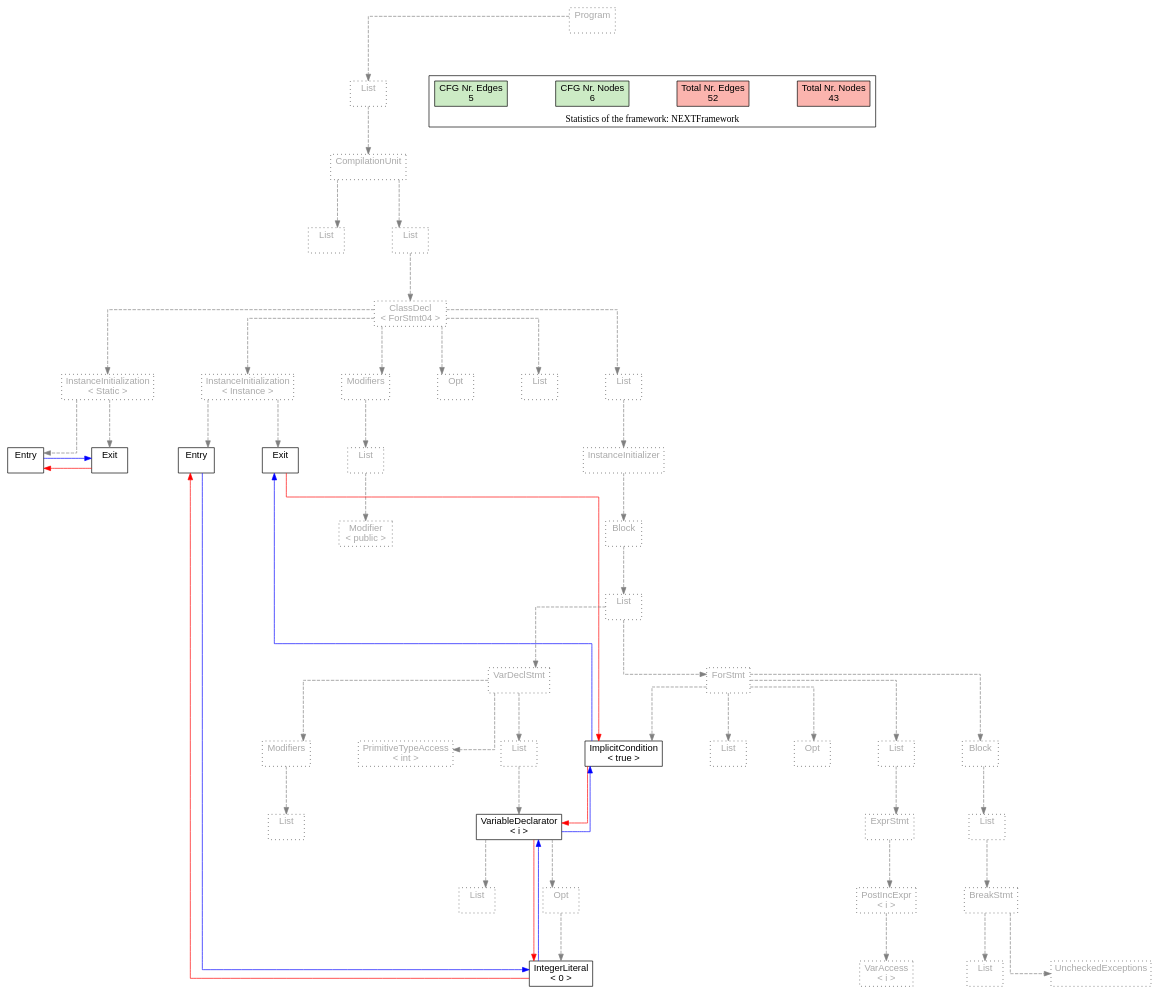
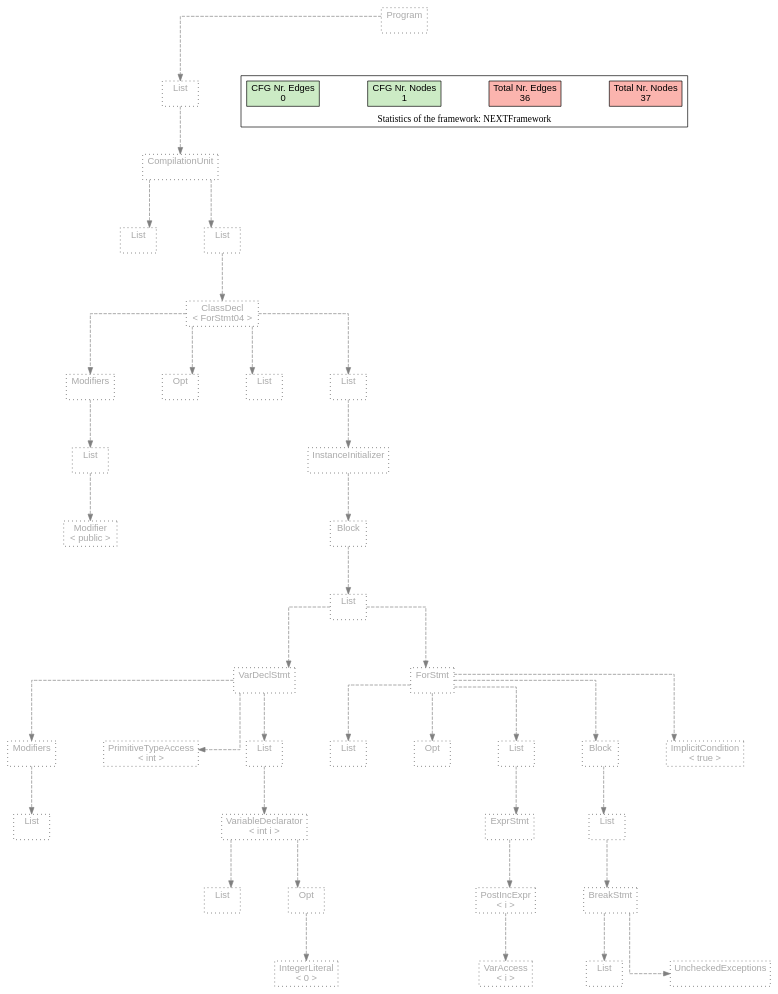
Before and after one commit to lu-cs-sde/IntraJ: the diagram in testfiles/CFG/Iteration/ForStmt/ForStmt04/ForStmt04.dot, drawn with Graphviz. The commit also changed 1381 other files, not shown here.

```diff
--- a/testfiles/CFG/Iteration/ForStmt/ForStmt04/ForStmt04.dot
+++ b/testfiles/CFG/Iteration/ForStmt/ForStmt04/ForStmt04.dot
@@ -6,129 +6,105 @@
 { rank = same; "CompilationUnit[2]"}
 { rank = same; "List[3]"; "List[4]"}
 { rank = same; "ClassDecl[5]"}
-{ rank = same; "Modifiers[22]"; "Opt[25]"; "List[26]"; "List[27]"; "InstanceInitialization[6]"; "InstanceInitialization[14]"}
-{ rank = same; "List[23]"; "InstanceInitializer[28]"; "Entry[7]"; "Exit[8]"; "Entry[15]"; "Exit[16]"}
-{ rank = same; "Modifier[24]"; "Block[29]"}
-{ rank = same; "List[30]"}
-{ rank = same; "VarDeclStmt[31]"; "ForStmt[40]"}
-{ rank = same; "Modifiers[32]"; "PrimitiveTypeAccess[34]"; "List[35]"; "List[41]"; "Opt[42]"; "List[43]"; "Block[47]"; "ImplicitCondition[52]"}
-{ rank = same; "List[33]"; "VariableDeclarator[36]"; "ExprStmt[44]"; "List[48]"}
-{ rank = same; "List[37]"; "Opt[38]"; "PostIncExpr[45]"; "BreakStmt[49]"}
-{ rank = same; "IntegerLiteral[39]"; "VarAccess[46]"; "List[51]"; "UncheckedExceptions[50]"}
+{ rank = same; "Modifiers[6]"; "Opt[9]"; "List[10]"; "List[11]"}
+{ rank = same; "List[7]"; "InstanceInitializer[12]"}
+{ rank = same; "Modifier[8]"; "Block[13]"}
+{ rank = same; "List[14]"}
+{ rank = same; "VarDeclStmt[15]"; "ForStmt[24]"}
+{ rank = same; "Modifiers[16]"; "PrimitiveTypeAccess[18]"; "List[19]"; "List[25]"; "Opt[26]"; "List[27]"; "Block[31]"; "ImplicitCondition[36]"}
+{ rank = same; "List[17]"; "VariableDeclarator[20]"; "ExprStmt[28]"; "List[32]"}
+{ rank = same; "List[21]"; "Opt[22]"; "PostIncExpr[29]"; "BreakStmt[33]"}
+{ rank = same; "IntegerLiteral[23]"; "VarAccess[30]"; "List[35]"; "UncheckedExceptions[34]"}
 "Program[0]" [label="Program\n ", style= dotted   fillcolor="#eeeeee" fontcolor="#aaaaaa"  ]
 "List[1]" [label="List\n ", style= dotted   fillcolor="#eeeeee" fontcolor="#aaaaaa"  ]
 "CompilationUnit[2]" [label="CompilationUnit\n ", style= dotted   fillcolor="#eeeeee" fontcolor="#aaaaaa"  ]
 "List[3]" [label="List\n ", style= dotted   fillcolor="#eeeeee" fontcolor="#aaaaaa"  ]
 "List[4]" [label="List\n ", style= dotted   fillcolor="#eeeeee" fontcolor="#aaaaaa"  ]
 "ClassDecl[5]" [label="ClassDecl\n < ForStmt04 >", style= dotted   fillcolor="#eeeeee" fontcolor="#aaaaaa"  ]
-"Modifiers[22]" [label="Modifiers\n ", style= dotted   fillcolor="#eeeeee" fontcolor="#aaaaaa"  ]
-"List[23]" [label="List\n ", style= dotted   fillcolor="#eeeeee" fontcolor="#aaaaaa"  ]
-"Modifier[24]" [label="Modifier\n < public >", style= dotted   fillcolor="#eeeeee" fontcolor="#aaaaaa"  ]
-"Opt[25]" [label="Opt\n ", style= dotted   fillcolor="#eeeeee" fontcolor="#aaaaaa"  ]
-"List[26]" [label="List\n ", style= dotted   fillcolor="#eeeeee" fontcolor="#aaaaaa"  ]
+"Modifiers[6]" [label="Modifiers\n ", style= dotted   fillcolor="#eeeeee" fontcolor="#aaaaaa"  ]
+"List[7]" [label="List\n ", style= dotted   fillcolor="#eeeeee" fontcolor="#aaaaaa"  ]
+"Modifier[8]" [label="Modifier\n < public >", style= dotted   fillcolor="#eeeeee" fontcolor="#aaaaaa"  ]
+"Opt[9]" [label="Opt\n ", style= dotted   fillcolor="#eeeeee" fontcolor="#aaaaaa"  ]
+"List[10]" [label="List\n ", style= dotted   fillcolor="#eeeeee" fontcolor="#aaaaaa"  ]
+"List[11]" [label="List\n ", style= dotted   fillcolor="#eeeeee" fontcolor="#aaaaaa"  ]
+"InstanceInitializer[12]" [label="InstanceInitializer\n ", style= dotted   fillcolor="#eeeeee" fontcolor="#aaaaaa"  ]
+"Block[13]" [label="Block\n ", style= dotted   fillcolor="#eeeeee" fontcolor="#aaaaaa"  ]
+"List[14]" [label="List\n ", style= dotted   fillcolor="#eeeeee" fontcolor="#aaaaaa"  ]
+"VarDeclStmt[15]" [label="VarDeclStmt\n ", style= dotted   fillcolor="#eeeeee" fontcolor="#aaaaaa"  ]
+"Modifiers[16]" [label="Modifiers\n ", style= dotted   fillcolor="#eeeeee" fontcolor="#aaaaaa"  ]
+"List[17]" [label="List\n ", style= dotted   fillcolor="#eeeeee" fontcolor="#aaaaaa"  ]
+"PrimitiveTypeAccess[18]" [label="PrimitiveTypeAccess\n < int >", style= dotted   fillcolor="#eeeeee" fontcolor="#aaaaaa"  ]
+"List[19]" [label="List\n ", style= dotted   fillcolor="#eeeeee" fontcolor="#aaaaaa"  ]
+"VariableDeclarator[20]" [label="VariableDeclarator\n < int i >", style= dotted   fillcolor="#eeeeee" fontcolor="#aaaaaa"  ]
+"List[21]" [label="List\n ", style= dotted   fillcolor="#eeeeee" fontcolor="#aaaaaa"  ]
+"Opt[22]" [label="Opt\n ", style= dotted   fillcolor="#eeeeee" fontcolor="#aaaaaa"  ]
+"IntegerLiteral[23]" [label="IntegerLiteral\n < 0 >", style= dotted   fillcolor="#eeeeee" fontcolor="#aaaaaa"  ]
+"ForStmt[24]" [label="ForStmt\n ", style= dotted   fillcolor="#eeeeee" fontcolor="#aaaaaa"  ]
+"List[25]" [label="List\n ", style= dotted   fillcolor="#eeeeee" fontcolor="#aaaaaa"  ]
+"Opt[26]" [label="Opt\n ", style= dotted   fillcolor="#eeeeee" fontcolor="#aaaaaa"  ]
 "List[27]" [label="List\n ", style= dotted   fillcolor="#eeeeee" fontcolor="#aaaaaa"  ]
-"InstanceInitializer[28]" [label="InstanceInitializer\n ", style= dotted   fillcolor="#eeeeee" fontcolor="#aaaaaa"  ]
-"Block[29]" [label="Block\n ", style= dotted   fillcolor="#eeeeee" fontcolor="#aaaaaa"  ]
-"List[30]" [label="List\n ", style= dotted   fillcolor="#eeeeee" fontcolor="#aaaaaa"  ]
-"VarDeclStmt[31]" [label="VarDeclStmt\n ", style= dotted   fillcolor="#eeeeee" fontcolor="#aaaaaa"  ]
-"Modifiers[32]" [label="Modifiers\n ", style= dotted   fillcolor="#eeeeee" fontcolor="#aaaaaa"  ]
-"List[33]" [label="List\n ", style= dotted   fillcolor="#eeeeee" fontcolor="#aaaaaa"  ]
-"PrimitiveTypeAccess[34]" [label="PrimitiveTypeAccess\n < int >", style= dotted   fillcolor="#eeeeee" fontcolor="#aaaaaa"  ]
+"ExprStmt[28]" [label="ExprStmt\n ", style= dotted   fillcolor="#eeeeee" fontcolor="#aaaaaa"  ]
+"PostIncExpr[29]" [label="PostIncExpr\n < i >", style= dotted   fillcolor="#eeeeee" fontcolor="#aaaaaa"  ]
+"VarAccess[30]" [label="VarAccess\n < i >", style= dotted   fillcolor="#eeeeee" fontcolor="#aaaaaa"  ]
+"Block[31]" [label="Block\n ", style= dotted   fillcolor="#eeeeee" fontcolor="#aaaaaa"  ]
+"List[32]" [label="List\n ", style= dotted   fillcolor="#eeeeee" fontcolor="#aaaaaa"  ]
+"BreakStmt[33]" [label="BreakStmt\n ", style= dotted   fillcolor="#eeeeee" fontcolor="#aaaaaa"  ]
 "List[35]" [label="List\n ", style= dotted   fillcolor="#eeeeee" fontcolor="#aaaaaa"  ]
-"VariableDeclarator[36]" [label="VariableDeclarator\n < i >", fillcolor=white   style=filled  ]
-"List[37]" [label="List\n ", style= dotted   fillcolor="#eeeeee" fontcolor="#aaaaaa"  ]
-"Opt[38]" [label="Opt\n ", style= dotted   fillcolor="#eeeeee" fontcolor="#aaaaaa"  ]
-"IntegerLiteral[39]" [label="IntegerLiteral\n < 0 >", fillcolor=white   style=filled  ]
-"ForStmt[40]" [label="ForStmt\n ", style= dotted   fillcolor="#eeeeee" fontcolor="#aaaaaa"  ]
-"List[41]" [label="List\n ", style= dotted   fillcolor="#eeeeee" fontcolor="#aaaaaa"  ]
-"Opt[42]" [label="Opt\n ", style= dotted   fillcolor="#eeeeee" fontcolor="#aaaaaa"  ]
-"List[43]" [label="List\n ", style= dotted   fillcolor="#eeeeee" fontcolor="#aaaaaa"  ]
-"ExprStmt[44]" [label="ExprStmt\n ", style= dotted   fillcolor="#eeeeee" fontcolor="#aaaaaa"  ]
-"PostIncExpr[45]" [label="PostIncExpr\n < i >", style= dotted   fillcolor="#eeeeee" fontcolor="#aaaaaa"  ]
-"VarAccess[46]" [label="VarAccess\n < i >", style= dotted   fillcolor="#eeeeee" fontcolor="#aaaaaa"  ]
-"Block[47]" [label="Block\n ", style= dotted   fillcolor="#eeeeee" fontcolor="#aaaaaa"  ]
-"List[48]" [label="List\n ", style= dotted   fillcolor="#eeeeee" fontcolor="#aaaaaa"  ]
-"BreakStmt[49]" [label="BreakStmt\n ", style= dotted   fillcolor="#eeeeee" fontcolor="#aaaaaa"  ]
-"List[51]" [label="List\n ", style= dotted   fillcolor="#eeeeee" fontcolor="#aaaaaa"  ]
-"UncheckedExceptions[50]" [label="UncheckedExceptions\n ", style= dotted   fillcolor="#eeeeee" fontcolor="#aaaaaa"  ]
-"ImplicitCondition[52]" [label="ImplicitCondition\n < true >", fillcolor=white   style=filled  ]
-"InstanceInitialization[6]" [label="InstanceInitialization\n < Instance >", style= dotted   fillcolor="#eeeeee" fontcolor="#aaaaaa"  ]
-"Entry[7]" [label="Entry\n ", fillcolor=white   style=filled  ]
-"Exit[8]" [label="Exit\n ", fillcolor=white   style=filled  ]
-"InstanceInitialization[14]" [label="InstanceInitialization\n < Static >", style= dotted   fillcolor="#eeeeee" fontcolor="#aaaaaa"  ]
-"Entry[15]" [label="Entry\n ", fillcolor=white   style=filled  ]
-"Exit[16]" [label="Exit\n ", fillcolor=white   style=filled  ]
+"UncheckedExceptions[34]" [label="UncheckedExceptions\n ", style= dotted   fillcolor="#eeeeee" fontcolor="#aaaaaa"  ]
+"ImplicitCondition[36]" [label="ImplicitCondition\n < true >", style= dotted   fillcolor="#eeeeee" fontcolor="#aaaaaa"  ]
 "CompilationUnit[2]" -> "List[3]" [style=dashed, color=gray]
-"List[23]" -> "Modifier[24]" [style=dashed, color=gray]
-"Modifiers[22]" -> "List[23]" [style=dashed, color=gray]
-"ClassDecl[5]" -> "Modifiers[22]" [style=dashed, color=gray]
-"ClassDecl[5]" -> "Opt[25]" [style=dashed, color=gray]
-"ClassDecl[5]" -> "List[26]" [style=dashed, color=gray]
-"Modifiers[32]" -> "List[33]" [style=dashed, color=gray]
-"VarDeclStmt[31]" -> "Modifiers[32]" [style=dashed, color=gray]
-"VarDeclStmt[31]" -> "PrimitiveTypeAccess[34]" [style=dashed, color=gray]
-"VariableDeclarator[36]" -> "List[37]" [style=dashed, color=gray]
-"Opt[38]" -> "IntegerLiteral[39]" [style=dashed, color=gray]
-"VariableDeclarator[36]" -> "Opt[38]" [style=dashed, color=gray]
-"List[35]" -> "VariableDeclarator[36]" [style=dashed, color=gray]
-"VarDeclStmt[31]" -> "List[35]" [style=dashed, color=gray]
-"List[30]" -> "VarDeclStmt[31]" [style=dashed, color=gray]
-"ForStmt[40]" -> "List[41]" [style=dashed, color=gray]
-"ForStmt[40]" -> "Opt[42]" [style=dashed, color=gray]
-"PostIncExpr[45]" -> "VarAccess[46]" [style=dashed, color=gray]
-"ExprStmt[44]" -> "PostIncExpr[45]" [style=dashed, color=gray]
-"List[43]" -> "ExprStmt[44]" [style=dashed, color=gray]
-"ForStmt[40]" -> "List[43]" [style=dashed, color=gray]
-"BreakStmt[49]" -> "List[51]" [style=dashed, color=gray]
-"BreakStmt[49]" -> "UncheckedExceptions[50]" [style=dashed, color=gray]
-"List[48]" -> "BreakStmt[49]" [style=dashed, color=gray]
-"Block[47]" -> "List[48]" [style=dashed, color=gray]
-"ForStmt[40]" -> "Block[47]" [style=dashed, color=gray]
-"ForStmt[40]" -> "ImplicitCondition[52]" [style=dashed, color=gray]
-"List[30]" -> "ForStmt[40]" [style=dashed, color=gray]
-"Block[29]" -> "List[30]" [style=dashed, color=gray]
-"InstanceInitializer[28]" -> "Block[29]" [style=dashed, color=gray]
-"List[27]" -> "InstanceInitializer[28]" [style=dashed, color=gray]
-"ClassDecl[5]" -> "List[27]" [style=dashed, color=gray]
-"InstanceInitialization[6]" -> "Entry[7]" [style=dashed, color=gray]
-"InstanceInitialization[6]" -> "Exit[8]" [style=dashed, color=gray]
-"InstanceInitialization[14]" -> "Entry[15]" [style=dashed, color=gray]
-"InstanceInitialization[14]" -> "Exit[16]" [style=dashed, color=gray]
-"ClassDecl[5]" -> "InstanceInitialization[6]" [style=dashed, color=gray]
-"ClassDecl[5]" -> "InstanceInitialization[14]" [style=dashed, color=gray]
+"List[7]" -> "Modifier[8]" [style=dashed, color=gray]
+"Modifiers[6]" -> "List[7]" [style=dashed, color=gray]
+"ClassDecl[5]" -> "Modifiers[6]" [style=dashed, color=gray]
+"ClassDecl[5]" -> "Opt[9]" [style=dashed, color=gray]
+"ClassDecl[5]" -> "List[10]" [style=dashed, color=gray]
+"Modifiers[16]" -> "List[17]" [style=dashed, color=gray]
+"VarDeclStmt[15]" -> "Modifiers[16]" [style=dashed, color=gray]
+"VarDeclStmt[15]" -> "PrimitiveTypeAccess[18]" [style=dashed, color=gray]
+"VariableDeclarator[20]" -> "List[21]" [style=dashed, color=gray]
+"Opt[22]" -> "IntegerLiteral[23]" [style=dashed, color=gray]
+"VariableDeclarator[20]" -> "Opt[22]" [style=dashed, color=gray]
+"List[19]" -> "VariableDeclarator[20]" [style=dashed, color=gray]
+"VarDeclStmt[15]" -> "List[19]" [style=dashed, color=gray]
+"List[14]" -> "VarDeclStmt[15]" [style=dashed, color=gray]
+"ForStmt[24]" -> "List[25]" [style=dashed, color=gray]
+"ForStmt[24]" -> "Opt[26]" [style=dashed, color=gray]
+"PostIncExpr[29]" -> "VarAccess[30]" [style=dashed, color=gray]
+"ExprStmt[28]" -> "PostIncExpr[29]" [style=dashed, color=gray]
+"List[27]" -> "ExprStmt[28]" [style=dashed, color=gray]
+"ForStmt[24]" -> "List[27]" [style=dashed, color=gray]
+"BreakStmt[33]" -> "List[35]" [style=dashed, color=gray]
+"BreakStmt[33]" -> "UncheckedExceptions[34]" [style=dashed, color=gray]
+"List[32]" -> "BreakStmt[33]" [style=dashed, color=gray]
+"Block[31]" -> "List[32]" [style=dashed, color=gray]
+"ForStmt[24]" -> "Block[31]" [style=dashed, color=gray]
+"ForStmt[24]" -> "ImplicitCondition[36]" [style=dashed, color=gray]
+"List[14]" -> "ForStmt[24]" [style=dashed, color=gray]
+"Block[13]" -> "List[14]" [style=dashed, color=gray]
+"InstanceInitializer[12]" -> "Block[13]" [style=dashed, color=gray]
+"List[11]" -> "InstanceInitializer[12]" [style=dashed, color=gray]
+"ClassDecl[5]" -> "List[11]" [style=dashed, color=gray]
 "List[4]" -> "ClassDecl[5]" [style=dashed, color=gray]
 "CompilationUnit[2]" -> "List[4]" [style=dashed, color=gray]
 "List[1]" -> "CompilationUnit[2]" [style=dashed, color=gray]
 "Program[0]" -> "List[1]" [style=dashed, color=gray]
-"Exit[16]" -> "Entry[15]" [color=red, constraint=false]
-"Entry[15]" -> "Exit[16]" [color=blue, constraint=false, xlabel=" "] 
-"Exit[8]" -> "ImplicitCondition[52]" [color=red, constraint=false]
-"ImplicitCondition[52]" -> "Exit[8]" [color=blue, constraint=false, xlabel=" "] 
-"ImplicitCondition[52]" -> "VariableDeclarator[36]" [color=red, constraint=false]
-"VariableDeclarator[36]" -> "ImplicitCondition[52]" [color=blue, constraint=false, xlabel=" "] 
-"VariableDeclarator[36]" -> "IntegerLiteral[39]" [color=red, constraint=false]
-"IntegerLiteral[39]" -> "VariableDeclarator[36]" [color=blue, constraint=false, xlabel=" "] 
-"IntegerLiteral[39]" -> "Entry[7]" [color=red, constraint=false]
-"Entry[7]" -> "IntegerLiteral[39]" [color=blue, constraint=false, xlabel=" "] 
 "List[3]" -> "List[4]" [style=invis]
-"InstanceInitialization[14]" -> "InstanceInitialization[6]" -> "Modifiers[22]" -> "Opt[25]" -> "List[26]" -> "List[27]" [style=invis]
-"VarDeclStmt[31]" -> "ForStmt[40]" [style=invis]
-"Modifiers[32]" -> "PrimitiveTypeAccess[34]" -> "List[35]" [style=invis]
-"List[37]" -> "Opt[38]" [style=invis]
-"List[41]" -> "Opt[42]" -> "List[43]" -> "Block[47]" [style=invis]
-"Entry[7]" -> "Exit[8]" [style=invis]
-"Entry[15]" -> "Exit[16]" [style=invis]
+"Modifiers[6]" -> "Opt[9]" -> "List[10]" -> "List[11]" [style=invis]
+"VarDeclStmt[15]" -> "ForStmt[24]" [style=invis]
+"Modifiers[16]" -> "PrimitiveTypeAccess[18]" -> "List[19]" [style=invis]
+"List[21]" -> "Opt[22]" [style=invis]
+"List[25]" -> "Opt[26]" -> "List[27]" -> "Block[31]" [style=invis]
 
 subgraph cluster_legend {
 {node [style=filled, fillcolor=1, colorscheme="pastel13"]
 Nodes [label="Total Nr. Nodes
-43", fillcolor=1]
+37", fillcolor=1]
 Edges [label="Total Nr. Edges
-52", fillcolor=1]
+36", fillcolor=1]
 NodesCFG [label="CFG Nr. Nodes
-6", fillcolor=3]
+1", fillcolor=3]
 EdgesCFG [label="CFG Nr. Edges
-5", fillcolor=3]
+0", fillcolor=3]
 Nodes-> "Program[0]" -> NodesCFG  [style="invis"]
 Edges -> "Program[0]" ->EdgesCFG [style="invis"]}
 label = "Statistics of the framework: NEXTFramework"
```
